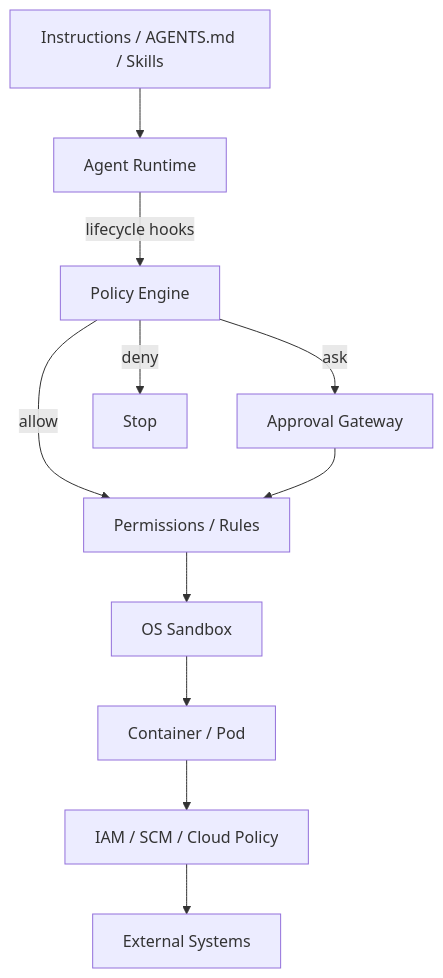
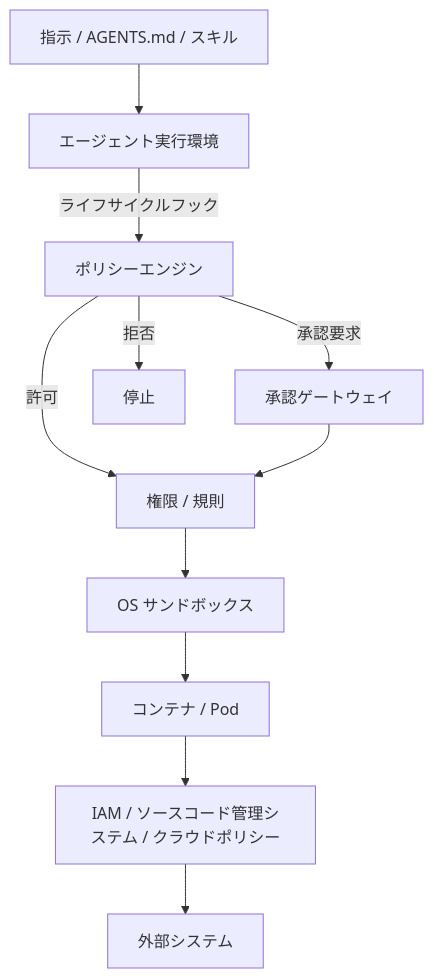
Before and after one commit to tomo-chan/agent-harness: the first of 2 diagrams in README.ja.md, drawn with Mermaid. The commit also changed other lines of this file and 10 other files, not shown here.

````diff
--- a/README.ja.md
+++ b/README.ja.md
@@ -11,13 +11,13 @@
 ```mermaid
 flowchart TD
-    A[Instructions / AGENTS.md / Skills] --> B[Agent Runtime]
-    B -->|lifecycle hooks| C[Policy Engine]
-    C -->|allow| D[Permissions / Rules]
-    C -->|ask| E[Approval Gateway]
-    C -->|deny| X[Stop]
+    A[指示 / AGENTS.md / スキル] --> B[エージェント実行環境]
+    B -->|ライフサイクルフック| C[ポリシーエンジン]
+    C -->|許可| D[権限 / 規則]
+    C -->|承認要求| E[承認ゲートウェイ]
+    C -->|拒否| X[停止]
     E --> D
-    D --> F[OS Sandbox]
-    F --> G[Container / Pod]
-    G --> H[IAM / SCM / Cloud Policy]
-    H --> I[External Systems]
+    D --> F[OS サンドボックス]
+    F --> G[コンテナ / Pod]
+    G --> H[IAM / ソースコード管理システム / クラウドポリシー]
+    H --> I[外部システム]
 ```
````
